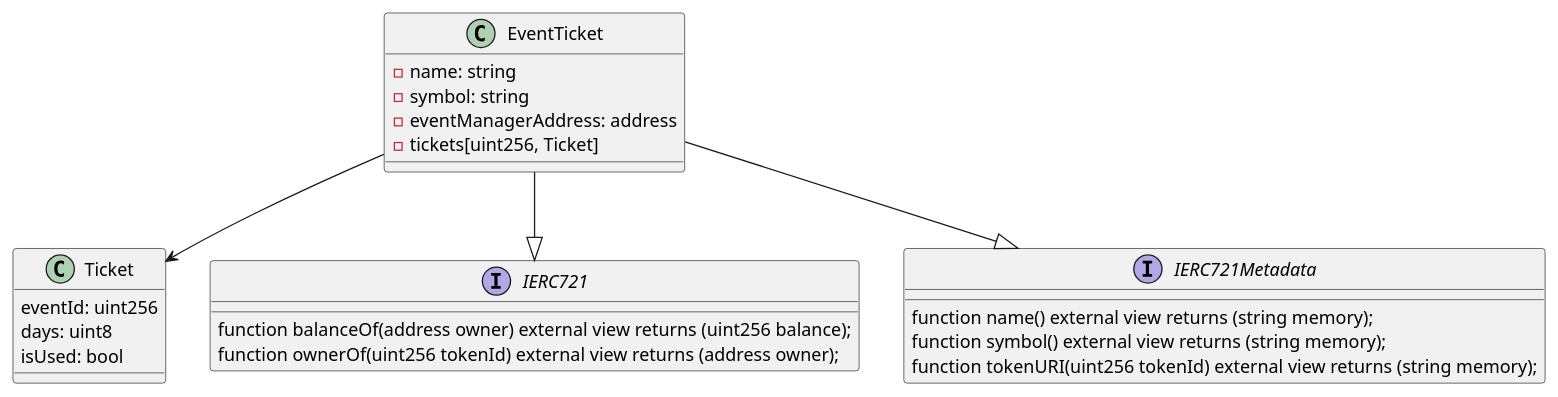
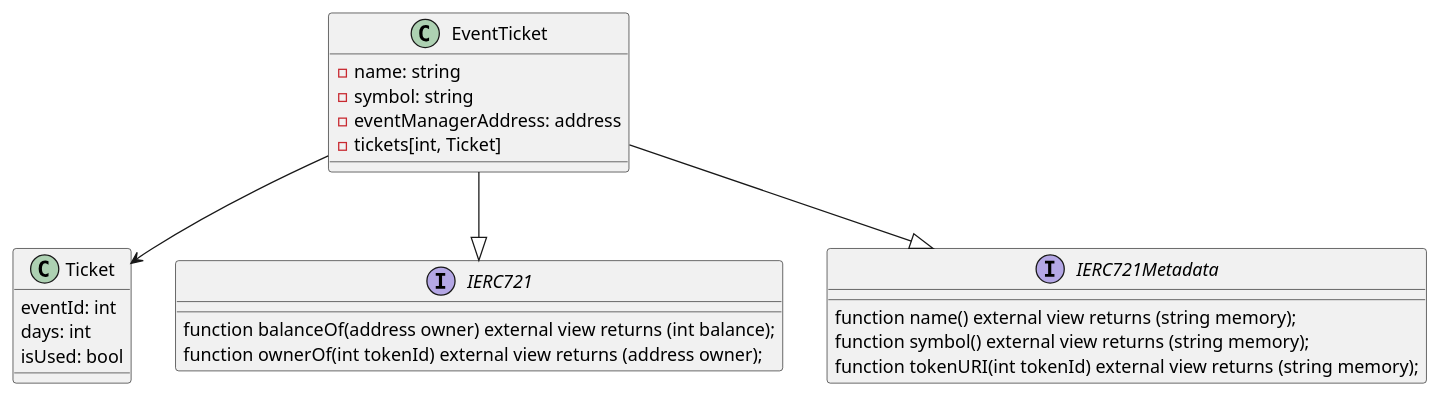
One commit to ai-shift/cyber-valley-tickets changed diagram 20 of 25 in README.org. Above: the diagram before and after it, drawn with PlantUML. The commit also changed other lines of this file and 6 other files, not shown here.

```diff
--- a/README.org
+++ b/README.org
@@ -634,29 +635,29 @@
 #+begin_src plantuml :file ./img/event-ticket.png
 class EventTicket {
   - name: string
   - symbol: string
   - eventManagerAddress: address
-  - tickets[uint256, Ticket]
+  - tickets[int, Ticket]
 }
 
 class Ticket {
-  eventId: uint256
-  days: uint8
+  eventId: int
+  days: int
   isUsed: bool
 }
 
 interface IERC721 {
-    function balanceOf(address owner) external view returns (uint256 balance);
-    function ownerOf(uint256 tokenId) external view returns (address owner);
+    function balanceOf(address owner) external view returns (int balance);
+    function ownerOf(int tokenId) external view returns (address owner);
 }
 
 interface IERC721Metadata {
     function name() external view returns (string memory);
     function symbol() external view returns (string memory);
-    function tokenURI(uint256 tokenId) external view returns (string memory);
+    function tokenURI(int tokenId) external view returns (string memory);
 }
 
 EventTicket --> Ticket
 EventTicket --|> IERC721
 EventTicket --|> IERC721Metadata
 #+end_src
```
